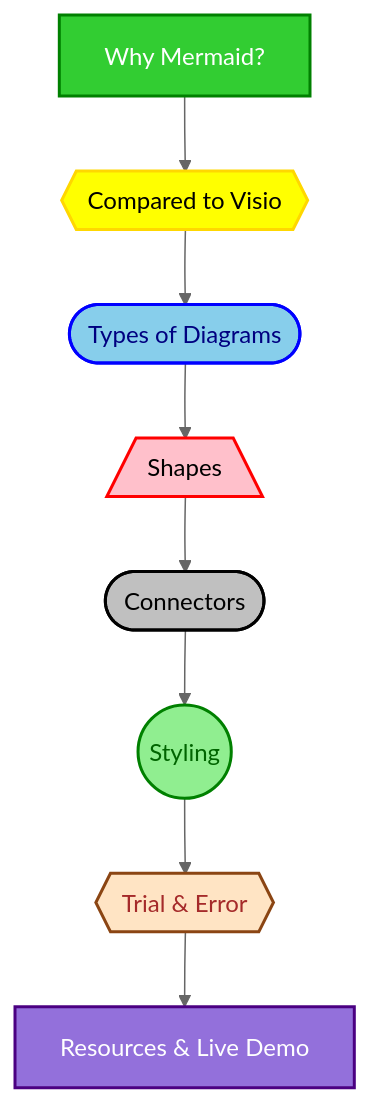
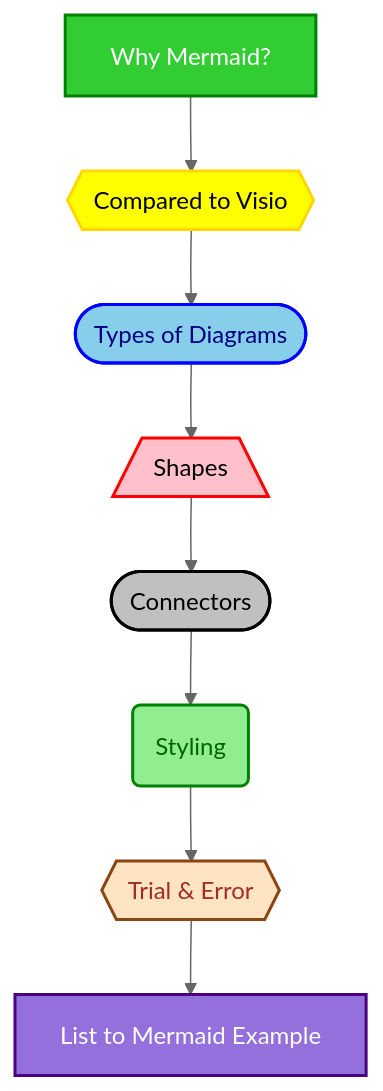
The diagram in readme.md (jrcs3/Mermaid-Demo), drawn with Mermaid before and after one commit. The commit also changed other lines of this file, not shown here.

Commit message:
Fine tune Agenda (again)

````diff
--- a/readme.md
+++ b/readme.md
@@ -20,41 +21,43 @@
 ```mermaid
 ---
 config:
   theme: neutral
 ---
 flowchart TD
     %% Nodes with shapes
     A["Why Mermaid?"]:::startClass
     B{{"Compared to Visio"}}:::compareClass
     C(["Types of Diagrams"]):::typeClass
     D[/"Shapes"\]:::shapesClass
     E(["Connectors"]):::connectClass
-    F(("Styling")):::stylingClass
+    F("Styling"):::stylingClass
     G{{"Trial & Error"}}:::trialClass
-    H["Resources & Live Demo"]:::finalClass
+    H["List to Mermaid Example"]:::finalClass
  
     %% Flow
     A --> B
     B --> C
     C --> D
     D --> E
     E --> F
     F --> G
     G --> H
 
     %% Styling
     classDef startClass fill:limegreen,stroke:green,stroke-width:2px,color:white
     classDef compareClass fill:yellow,stroke:gold,stroke-width:2px,color:black
     classDef typeClass fill:skyblue,stroke:blue,stroke-width:2px,color:navy
     classDef shapesClass fill:pink,stroke:red,stroke-width:2px,color:black
     classDef connectClass fill:silver,stroke:black,stroke-width:2px,color:black
     classDef stylingClass fill:lightgreen,stroke:green,stroke-width:2px,color:darkgreen
     classDef trialClass fill:bisque,stroke:saddlebrown,stroke-width:2px,color:brown
     classDef finalClass fill:mediumpurple,stroke:indigo,stroke-width:2px,color:white
 
     click B href "https://github.com/jrcs3/Mermaid-Demo/blob/main/vs-visio.md"
     click C href "https://github.com/jrcs3/Mermaid-Demo/blob/main/types-of-diagrams.md"
     click D href "https://github.com/jrcs3/Mermaid-Demo/blob/main/shapes.md"
     click E href "https://github.com/jrcs3/Mermaid-Demo/blob/main/connectors.md"
     click F href "https://github.com/jrcs3/Mermaid-Demo/blob/main/style.md"
+    click G href "https://github.com/jrcs3/Mermaid-Demo/blob/main/trial-and-error.md"
+    click H href "https://github.com/jrcs3/Mermaid-Demo/blob/main/list-to-mermaid-example.md"
 ```
````
